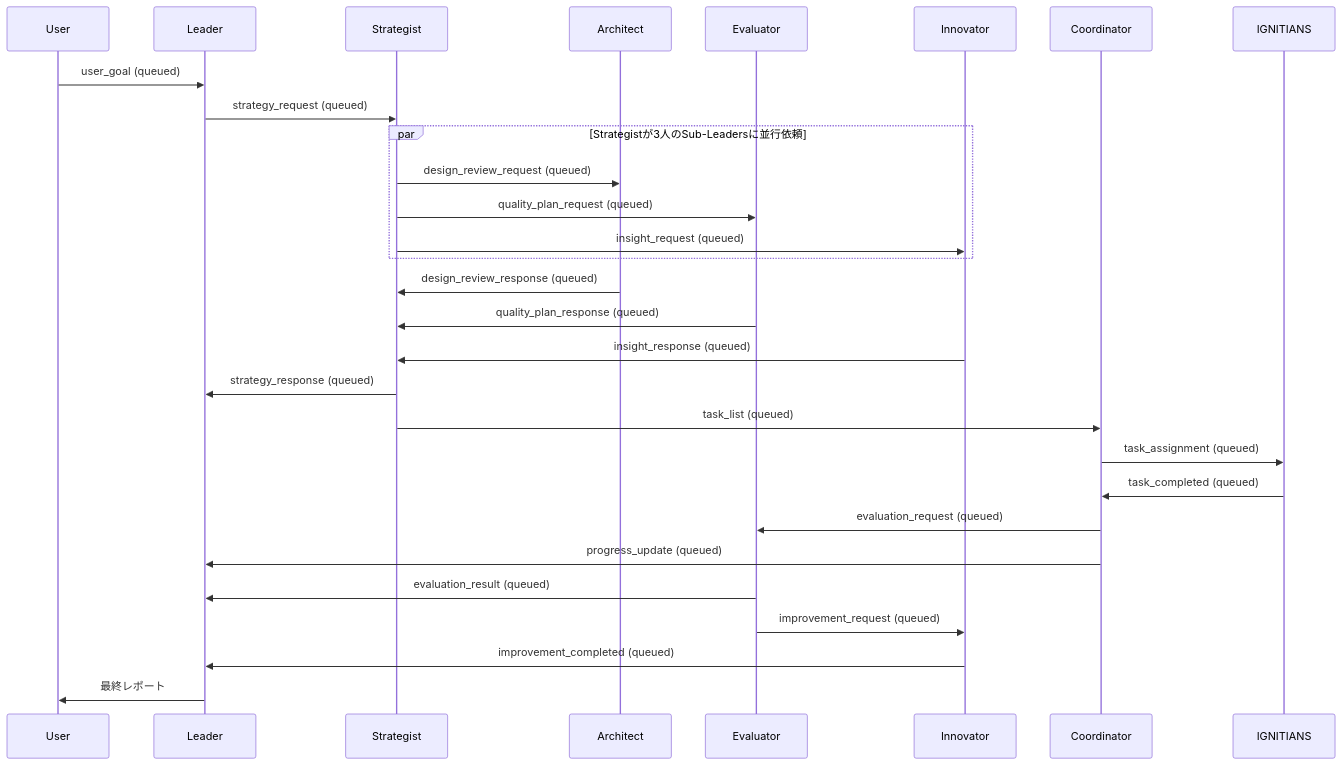
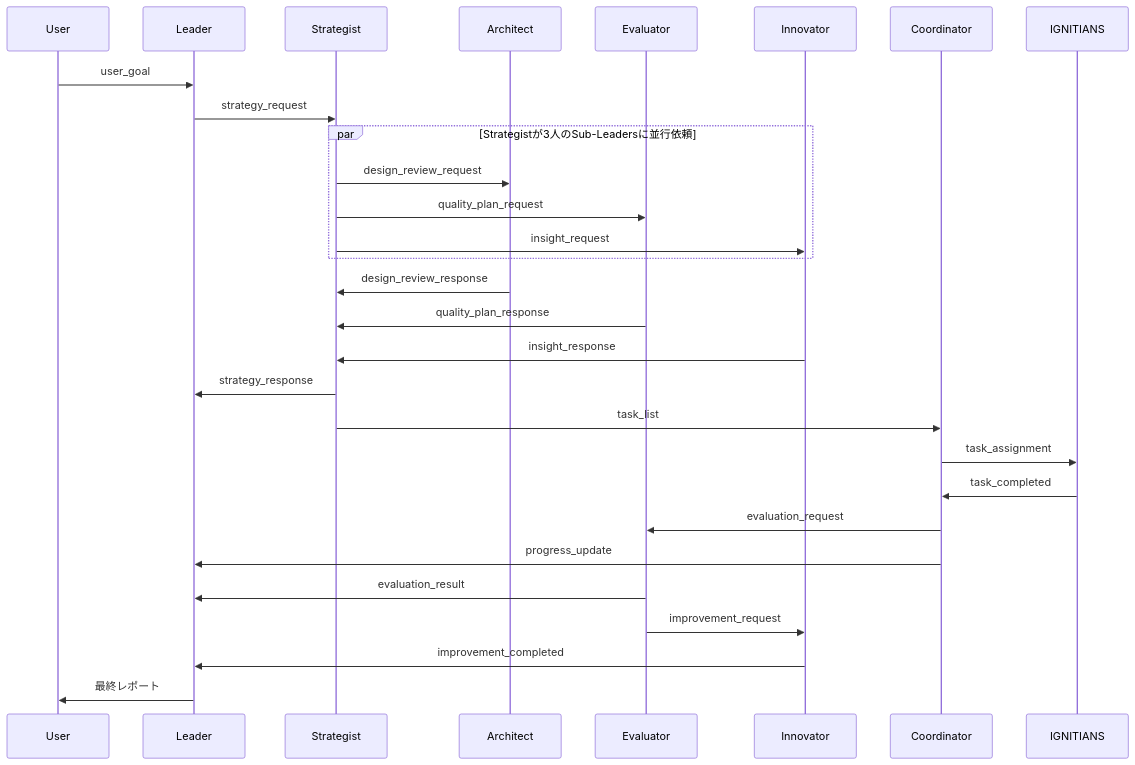
The second of 2 diagrams in docs/architecture.md (MShintani10/real-estate-os), drawn with Mermaid before and after one commit. The commit also changed other lines of this file and 5 other files, not shown here.

````diff
--- a/docs/architecture.md
+++ b/docs/architecture.md
@@ -75,39 +75,34 @@
 ```mermaid
 sequenceDiagram
     participant U as User
     participant L as Leader
     participant S as Strategist
     participant A as Architect
     participant E as Evaluator
     participant N as Innovator
     participant C as Coordinator
     participant I as IGNITIANS
 
-    U->>L: user_goal (queued)
-    L->>S: strategy_request (queued)
+    U->>L: user_goal
+    L->>S: strategy_request
 
     par Strategistが3人のSub-Leadersに並行依頼
-        S->>A: design_review_request (queued)
-        S->>E: quality_plan_request (queued)
-        S->>N: insight_request (queued)
+        S->>A: design_review_request
+        S->>E: quality_plan_request
+        S->>N: insight_request
     end
 
-    A->>S: design_review_response (queued)
-    E->>S: quality_plan_response (queued)
-    N->>S: insight_response (queued)
-
-    S->>L: strategy_response (queued)
-    S->>C: task_list (queued)
-
-    C->>I: task_assignment (queued)
-    I->>C: task_completed (queued)
-
-    C->>E: evaluation_request (queued)
-    C->>L: progress_update (queued)
-
-    E->>L: evaluation_result (queued)
-    E->>N: improvement_request (queued)
-    N->>L: improvement_completed (queued)
-
+    A->>S: design_review_response
+    E->>S: quality_plan_response
+    N->>S: insight_response
+    S->>L: strategy_response
+    S->>C: task_list
+    C->>I: task_assignment
+    I->>C: task_completed
+    C->>E: evaluation_request
+    C->>L: progress_update
+    E->>L: evaluation_result
+    E->>N: improvement_request
+    N->>L: improvement_completed
     L->>U: 最終レポート
 ```
````
